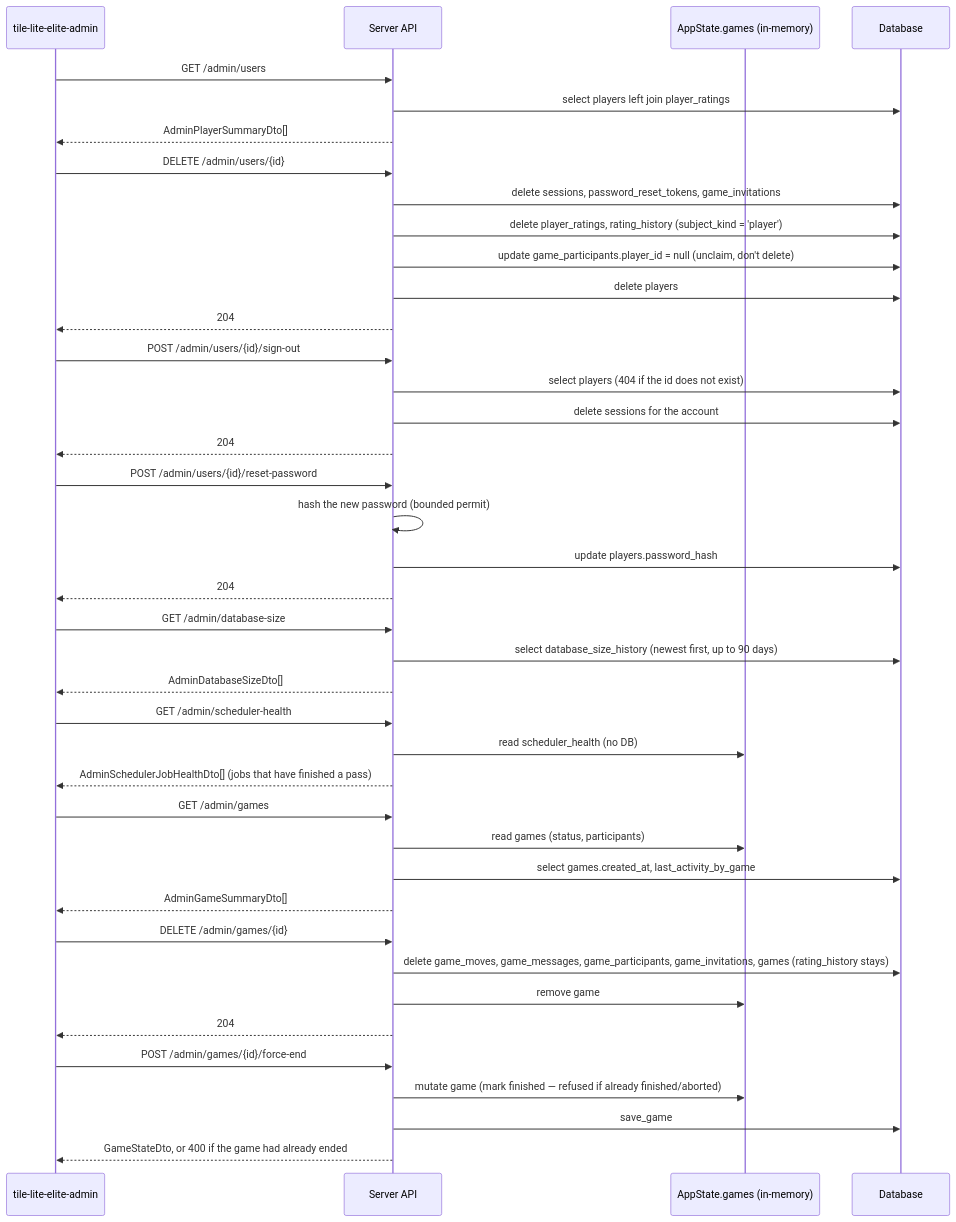
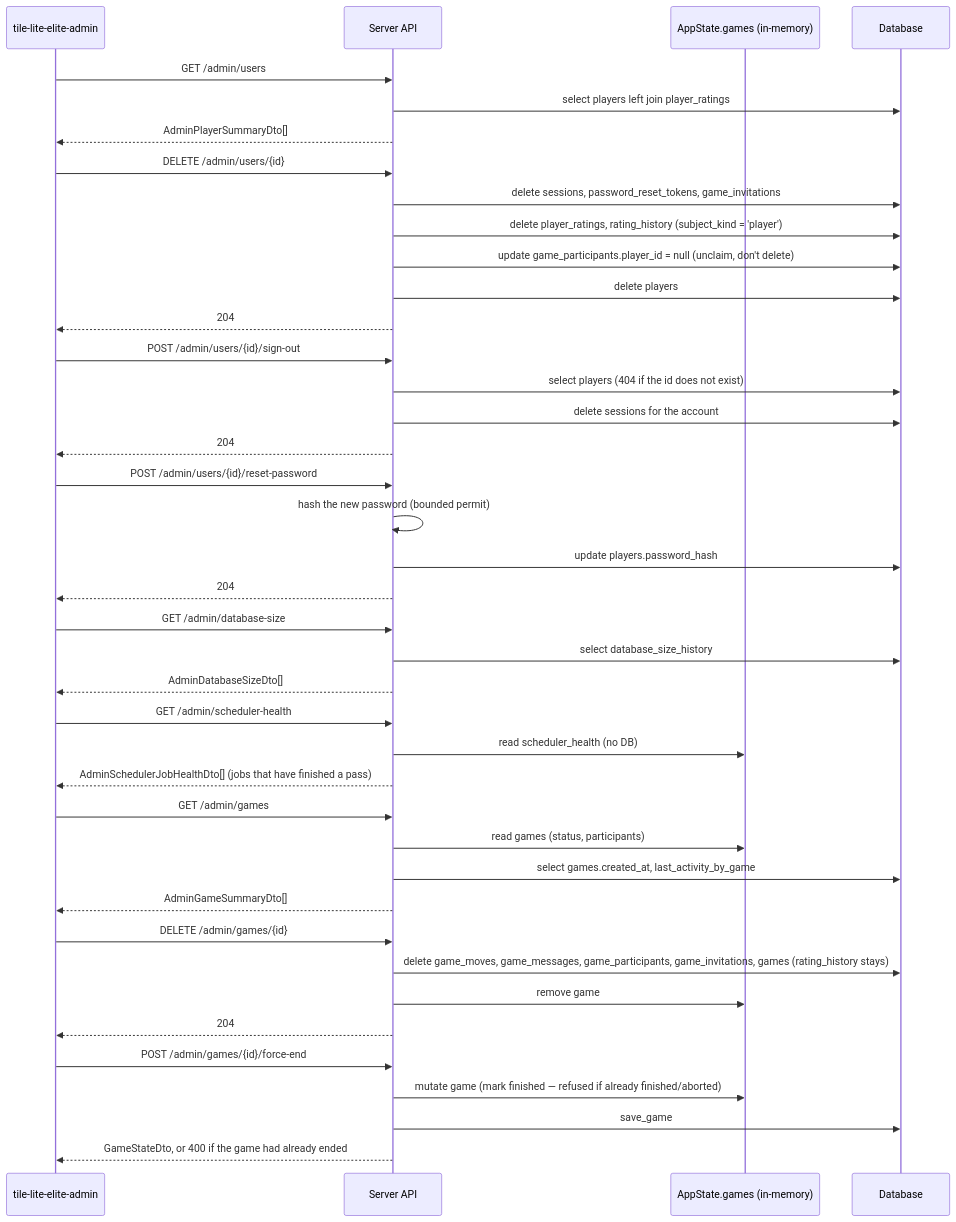
One commit to delphside/tile-lite-elite changed the ninth of 9 diagrams in docs/4.4.3-api-schema.md. Above: the diagram before and after it, drawn with Mermaid. The commit also changed other lines of this file and 3 other files, not shown here.

````diff
--- a/docs/4.4.3-api-schema.md
+++ b/docs/4.4.3-api-schema.md
@@ -1070,51 +1108,51 @@
 ```mermaid
 sequenceDiagram
     participant CLI as tile-lite-elite-admin
     participant API as Server API
     participant Mem as AppState.games (in-memory)
     participant DB as Database
 
     CLI->>API: GET /admin/users
     API->>DB: select players left join player_ratings
     API-->>CLI: AdminPlayerSummaryDto[]
 
     CLI->>API: DELETE /admin/users/{id}
     API->>DB: delete sessions, password_reset_tokens, game_invitations
     API->>DB: delete player_ratings, rating_history (subject_kind = 'player')
     API->>DB: update game_participants.player_id = null (unclaim, don't delete)
     API->>DB: delete players
     API-->>CLI: 204
 
     CLI->>API: POST /admin/users/{id}/sign-out
     API->>DB: select players (404 if the id does not exist)
     API->>DB: delete sessions for the account
     API-->>CLI: 204
 
     CLI->>API: POST /admin/users/{id}/reset-password
     API->>API: hash the new password (bounded permit)
     API->>DB: update players.password_hash
     API-->>CLI: 204
 
     CLI->>API: GET /admin/database-size
-    API->>DB: select database_size_history (newest first, up to 90 days)
+    API->>DB: select database_size_history
     API-->>CLI: AdminDatabaseSizeDto[]
 
     CLI->>API: GET /admin/scheduler-health
     API->>Mem: read scheduler_health (no DB)
     API-->>CLI: AdminSchedulerJobHealthDto[] (jobs that have finished a pass)
 
     CLI->>API: GET /admin/games
     API->>Mem: read games (status, participants)
     API->>DB: select games.created_at, last_activity_by_game
     API-->>CLI: AdminGameSummaryDto[]
 
     CLI->>API: DELETE /admin/games/{id}
     API->>DB: delete game_moves, game_messages, game_participants, game_invitations, games (rating_history stays)
     API->>Mem: remove game
     API-->>CLI: 204
 
     CLI->>API: POST /admin/games/{id}/force-end
     API->>Mem: mutate game (mark finished — refused if already finished/aborted)
     API->>DB: save_game
     API-->>CLI: GameStateDto, or 400 if the game had already ended
 ```
````
